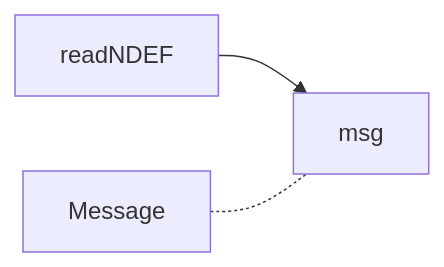
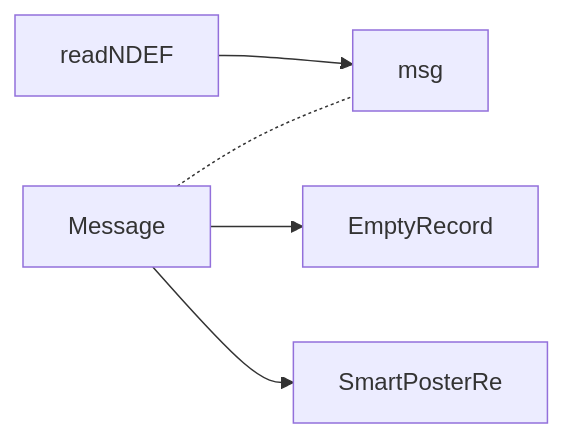
Before and after one commit to gordianknotC/nxp_note: the third of 3 diagrams in nxp/Demo.md, drawn with Mermaid. The commit also changed other lines of this file, not shown here.

Commit message:
nxp/Demo.md updated from https://stackedit.io/

````diff
--- a/nxp/Demo.md
+++ b/nxp/Demo.md
@@ -129,7 +129,9 @@
 ```mermaid
 graph LR
 msg
 
 readNDEF --> msg
 Message -.- msg
+Message --> EmptyRecord
+Message --> SmartPosterRe
 ```
````
